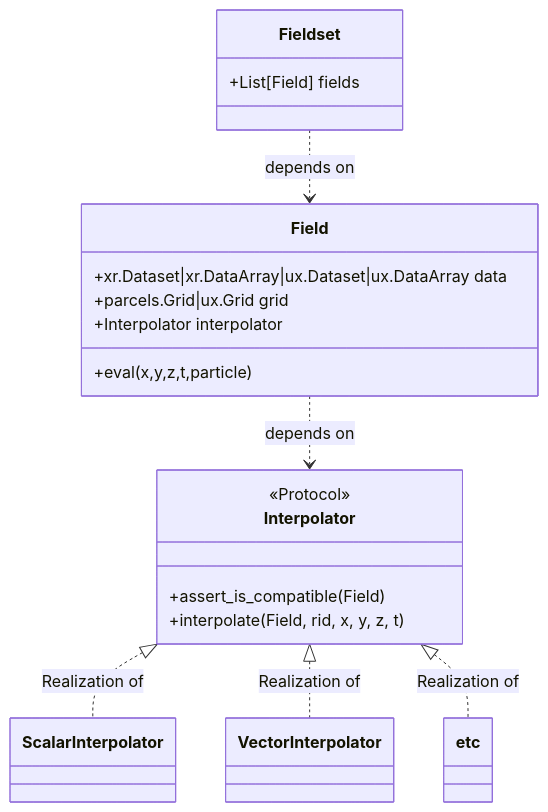
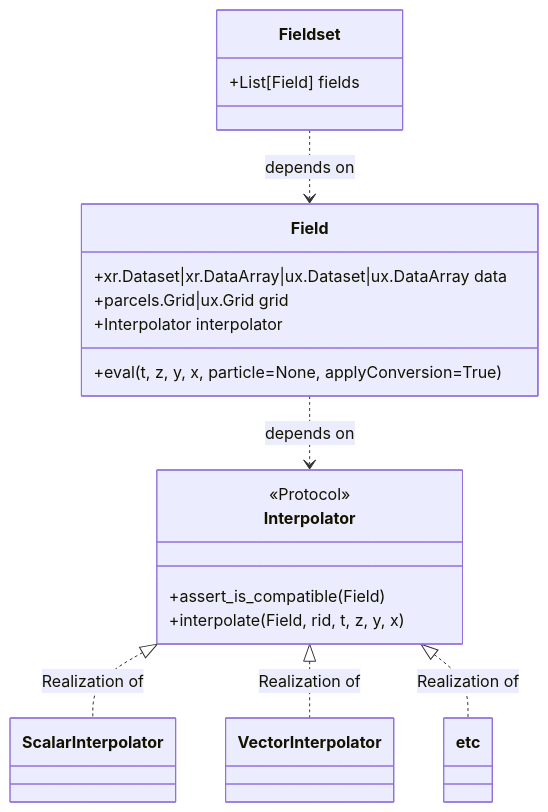
The diagram in docs/v4/api.md (OceanParcels/Parcels), drawn with Mermaid before and after one commit. The commit also changed other lines of this file, not shown here.

Commit message:
Change spatio-temporal order of arguments. Add applyConversion arg

````diff
--- a/docs/v4/api.md
+++ b/docs/v4/api.md
@@ -7,27 +7,27 @@
 ```{mermaid}
 
 classDiagram
     class Fieldset{
         +List[Field] fields
     }
     class Field{
         +xr.Dataset|xr.DataArray|ux.Dataset|ux.DataArray data
         +parcels.Grid|ux.Grid grid
         +Interpolator interpolator
-        +eval(x,y,z,t,particle)
+        +eval(t, z, y, x, particle=None, applyConversion=True)
     }
 
     class Interpolator{
         +assert_is_compatible(Field)
-        +interpolate(Field, rid, x, y, z, t)
+        +interpolate(Field, rid, t, z, y, x )
     }
 
 
     <<Protocol>> Interpolator
 
     Fieldset ..> Field : depends on
     Field ..> Interpolator : depends on
     Interpolator <|.. ScalarInterpolator : Realization of
     Interpolator <|.. VectorInterpolator : Realization of
     Interpolator <|.. etc : Realization of
 ```
````
